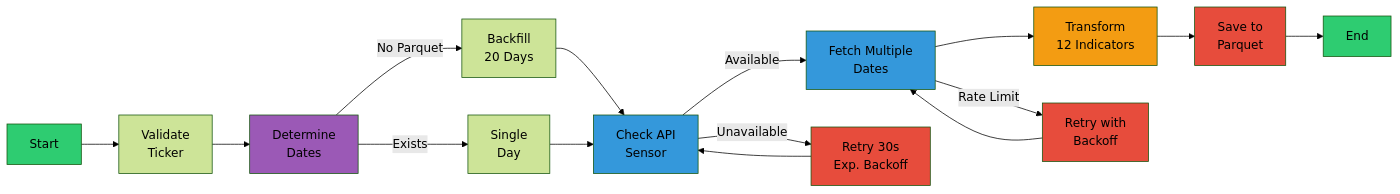
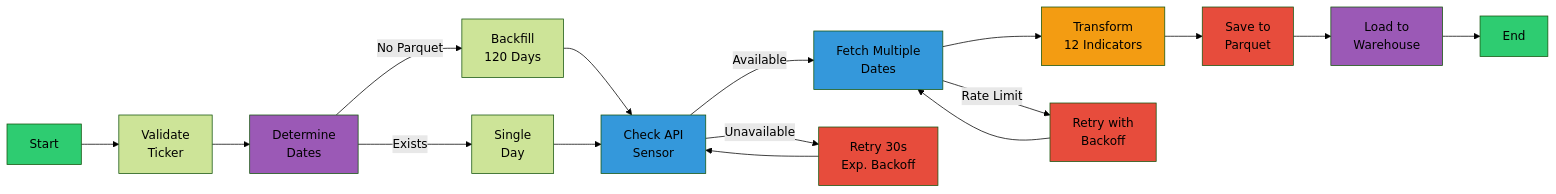
Before and after one commit to avalosjuancarlos/poc_airflow: the second of 2 diagrams in README.md, drawn with Mermaid (forest theme). The commit also changed other lines of this file and 20 other files, not shown here.

First line of the commit message:
feat: Add Streamlit dashboard and increase backfill to 120 days

````diff
--- a/README.md
+++ b/README.md
@@ -334,28 +340,30 @@
 ```mermaid
 graph LR
     A[Start] --> B[Validate<br/>Ticker]
     B --> C[Determine<br/>Dates]
-    C -->|No Parquet| D1[Backfill<br/>20 Days]
+    C -->|No Parquet| D1[Backfill<br/>120 Days]
     C -->|Exists| D2[Single<br/>Day]
     D1 --> E[Check API<br/>Sensor]
     D2 --> E
     E -->|Available| F[Fetch Multiple<br/>Dates]
     E -->|Unavailable| G[Retry 30s<br/>Exp. Backoff]
     G --> E
     F --> H[Transform<br/>12 Indicators]
     H --> I[Save to<br/>Parquet]
-    I --> J[End]
+    I --> L[Load to<br/>Warehouse]
+    L --> J[End]
     
     F -->|Rate Limit| K[Retry with<br/>Backoff]
     K --> F
     
     style A fill:#2ECC71
     style J fill:#2ECC71
     style C fill:#9B59B6
     style E fill:#3498DB
     style F fill:#3498DB
     style H fill:#F39C12
     style I fill:#E74C3C
+    style L fill:#9B59B6
     style G fill:#E74C3C
     style K fill:#E74C3C
 ```
````
